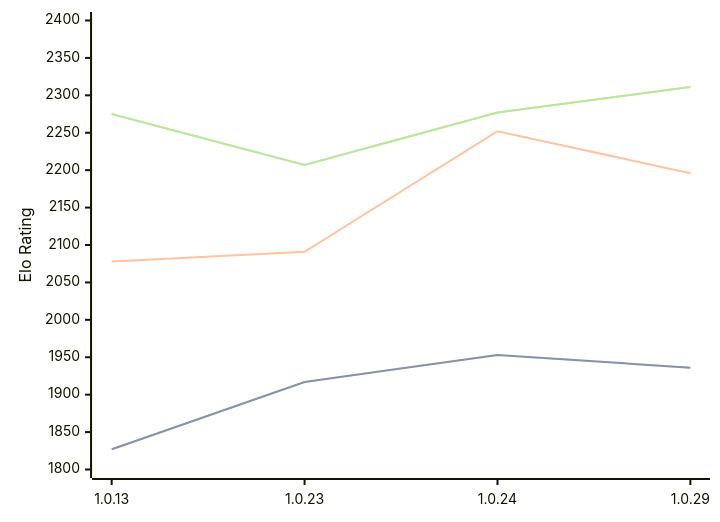
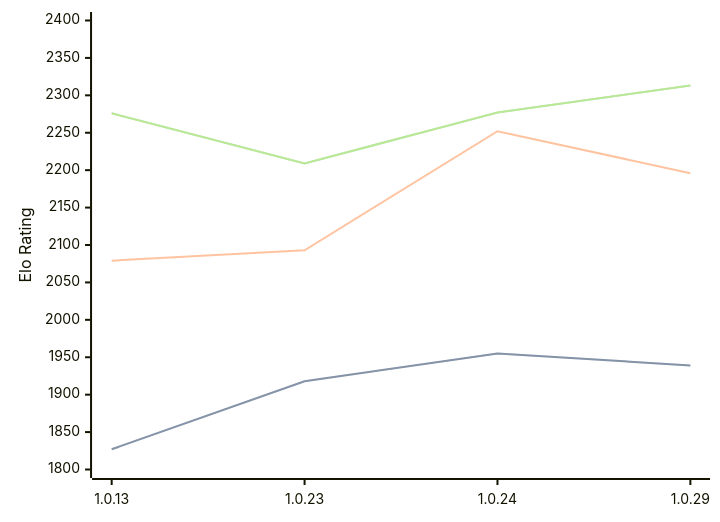
The diagram in engines/RustyRival.md (computer-chess-index/cci), drawn with Mermaid before and after one commit. The commit also changed other lines of this file, not shown here.

Commit message:
Update CCI Ratings (ELO VLTC) - 2026-03-14

````diff
--- a/engines/RustyRival.md
+++ b/engines/RustyRival.md
@@ -59,11 +59,11 @@
 ```mermaid
 %%{init: {"theme":"base","themeVariables":{"seriesColors:['#a3a3a3','#222221','#faa371']}}}%%
 xychart-beta
   x-axis ["1.0.13", "1.0.23", "1.0.24", "1.0.29"]
   y-axis "Elo Rating" 1800 --> 2400
-  line "STC (8.0+0.08s)" [1827, 1917, 1953, 1936]
-  line "STC (8.0+0.08s)" [1827, 1917, 1953, 1936]
-  line "LTC (60.0+0.60s)" [2078, 2091, 2252, 2196]
-  line "VLTC (2m24s+1.12s)" [2275, 2207, 2277, 2311]
-  line "VLTC (2m24s+1.12s)" [2275, 2207, 2277, 2311]
+  line "STC (8.0+0.08s)" [1827, 1918, 1955, 1939]
+  line "STC (8.0+0.08s)" [1827, 1918, 1955, 1939]
+  line "LTC (60.0+0.60s)" [2079, 2093, 2252, 2196]
+  line "VLTC (2m24s+1.12s)" [2276, 2209, 2277, 2313]
+  line "VLTC (2m24s+1.12s)" [2276, 2209, 2277, 2313]
 ```
````
